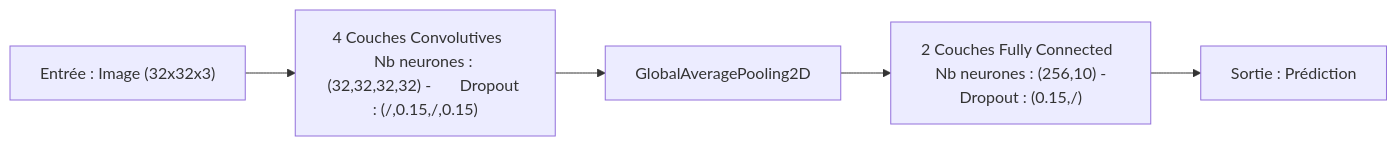
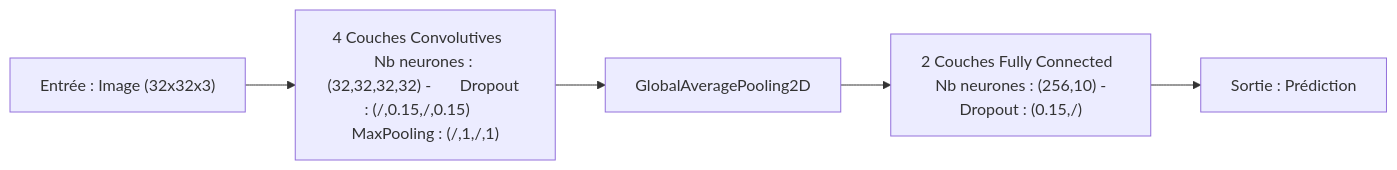
The ninth of 10 diagrams in README.md (PaulGuillemin/embedded-AI-CIFAR-10), drawn with Mermaid before and after one commit. The commit also changed other lines of this file, not shown here.

````diff
--- a/README.md
+++ b/README.md
@@ -286,7 +286,7 @@
 ```mermaid
 flowchart LR
-    A["Entrée : Image (32x32x3)"] --> B["4 Couches Convolutives    Nb neurones : (32,32,32,32) -       Dropout : (/,0.15,/,0.15)"]
+    A["Entrée : Image (32x32x3)"] --> B["4 Couches Convolutives    Nb neurones : (32,32,32,32) -       Dropout : (/,0.15,/,0.15)    MaxPooling : (/,1,/,1)"]
     B --> C["GlobalAveragePooling2D"]
     C --> D["2 Couches Fully Connected    Nb neurones : (256,10) -  Dropout : (0.15,/)"]
     D --> E["Sortie : Prédiction"]
 ```
````
